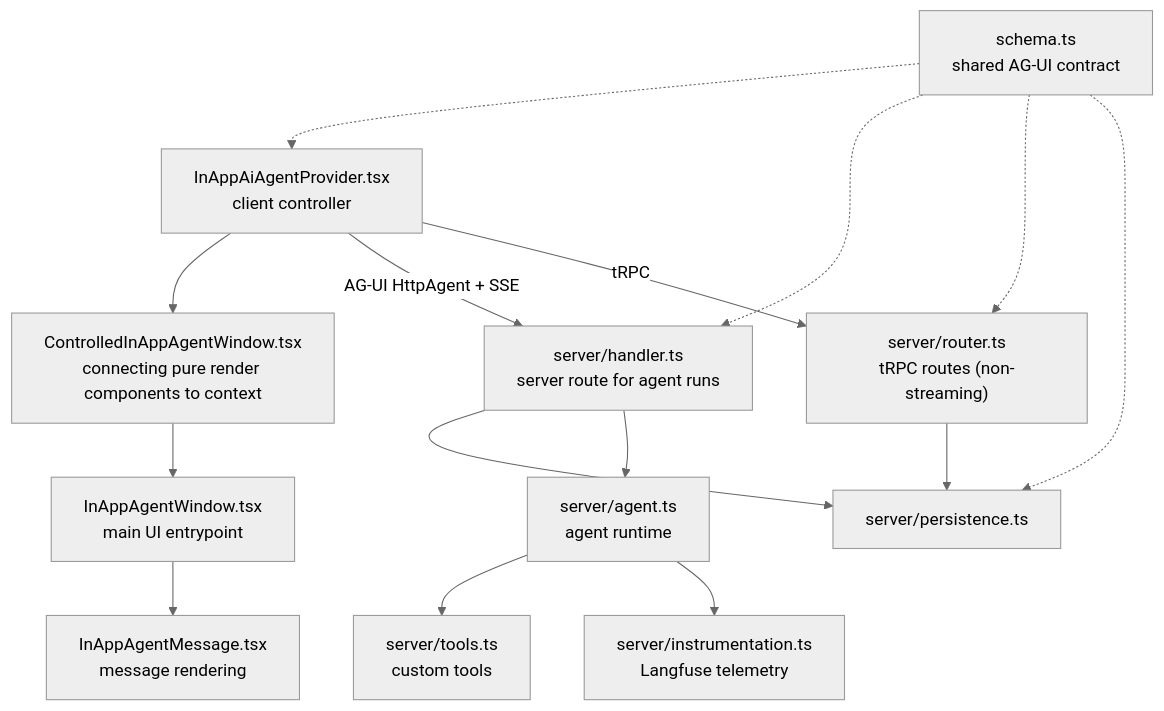
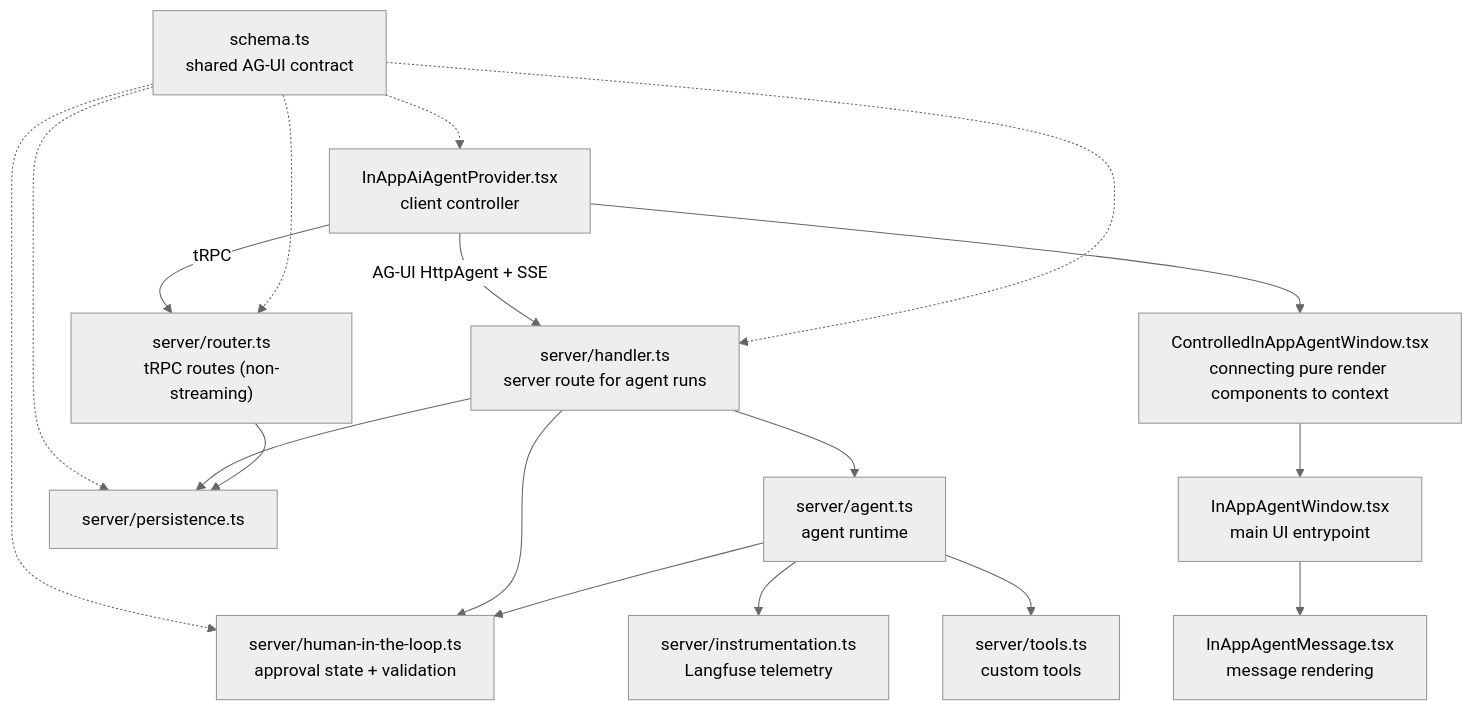
The diagram in system_prompts/prompt_testing_evaluation/langfuse/web/src/ee/features/in-app-agent/README.md (HIDORAKAI002/ai-workspace-archive), drawn with Mermaid (neutral theme) before and after one commit. The commit also changed other lines of this file and 183 other files, not shown here.

````diff
--- a/system_prompts/prompt_testing_evaluation/langfuse/web/src/ee/features/in-app-agent/README.md
+++ b/system_prompts/prompt_testing_evaluation/langfuse/web/src/ee/features/in-app-agent/README.md
@@ -27,21 +28,24 @@
 ```mermaid
 flowchart TB
   Provider["InAppAiAgentProvider.tsx\nclient controller"]
   Provider --> Controlled["ControlledInAppAgentWindow.tsx\nconnecting pure render components to context"]
   Controlled --> Window["InAppAgentWindow.tsx\nmain UI entrypoint"]
   Window --> Message["InAppAgentMessage.tsx\nmessage rendering"]
 
   Provider -->|AG-UI HttpAgent + SSE| Handler["server/handler.ts\nserver route for agent runs"]
   Provider -->|tRPC| Router["server/router.ts\ntRPC routes (non-streaming)"]
 
   Schema["schema.ts\nshared AG-UI contract"] -.-> Provider
   Schema -.-> Handler
+  Schema -.-> HumanLoop["server/human-in-the-loop.ts\napproval state + validation"]
   Schema -.-> Router
   Schema -.-> Persistence["server/persistence.ts"]
 
   Handler --> Persistence
   Handler --> Agent["server/agent.ts\nagent runtime"]
+  Handler --> HumanLoop
+  Agent --> HumanLoop
   Agent --> Tools["server/tools.ts\ncustom tools"]
   Agent --> Instrumentation["server/instrumentation.ts\nLangfuse telemetry"]
   Router --> Persistence
 ```
````
